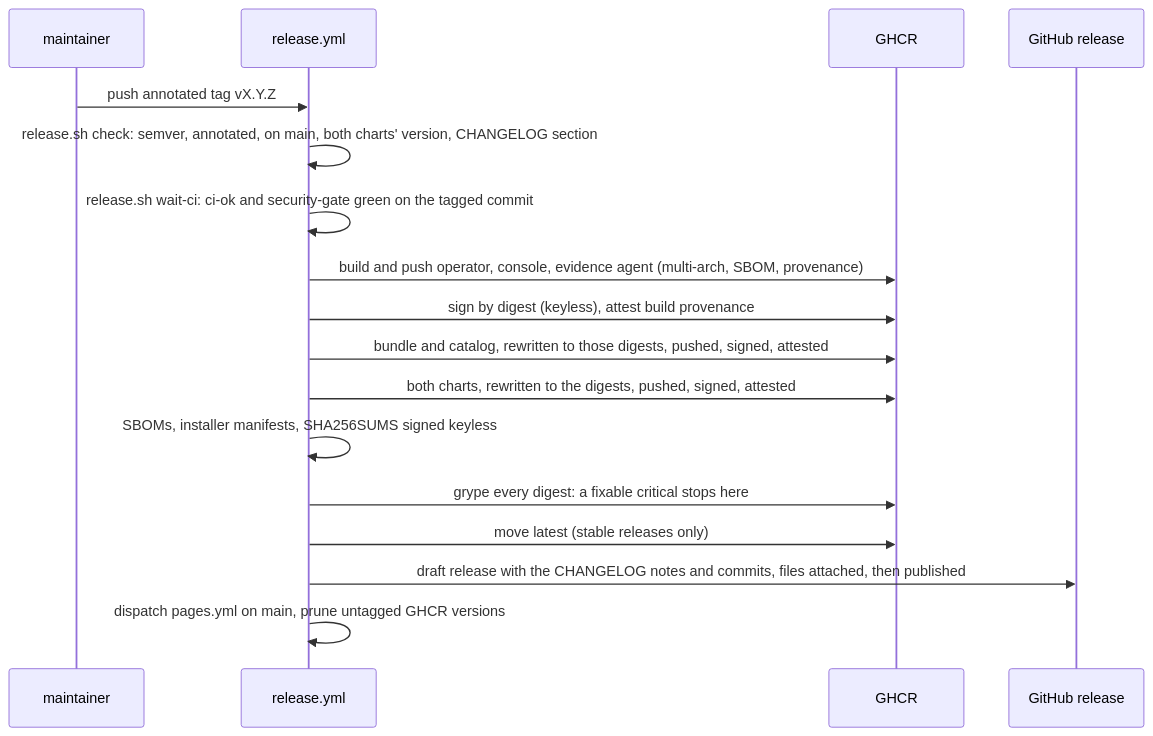
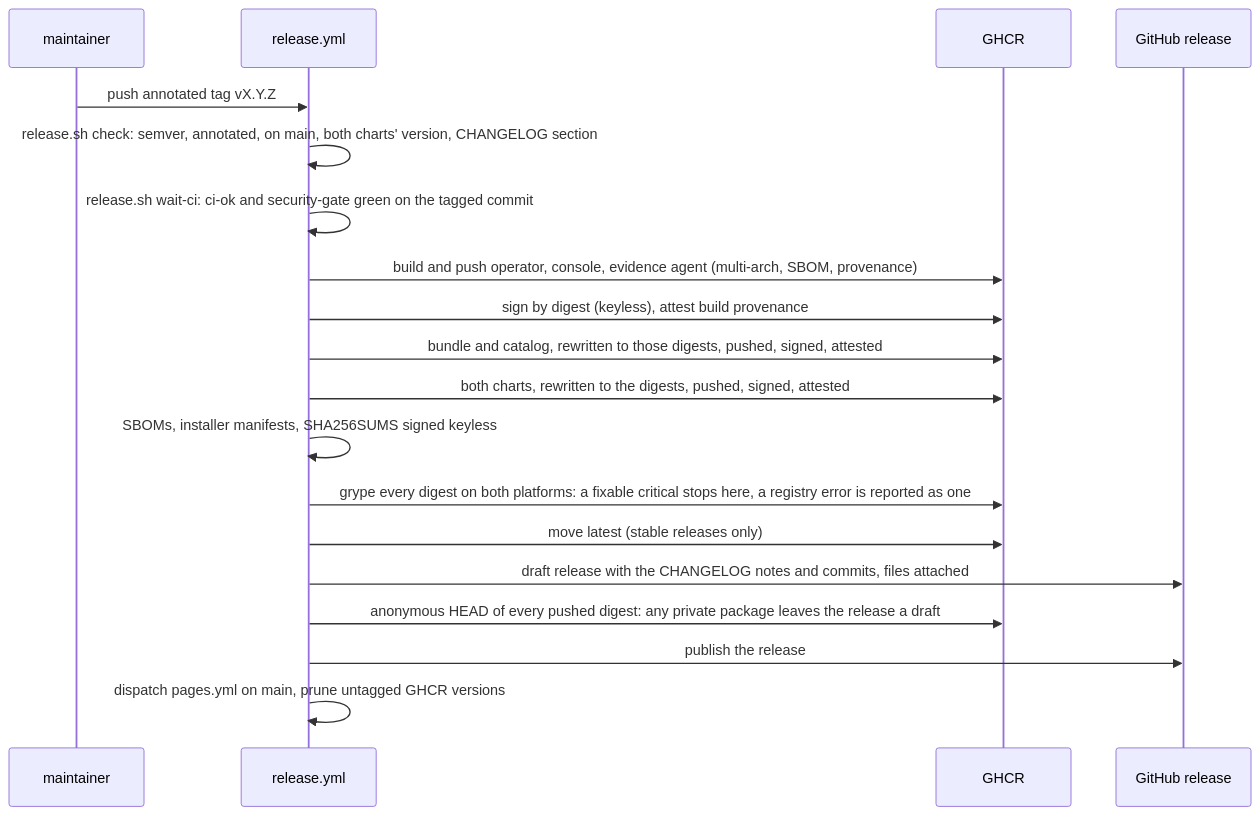
Before and after one commit to fyannk/pgToolBox: the second of 2 diagrams in docs/site/docs/development/ci.md, drawn with Mermaid. The commit also changed other lines of this file and 291 other files, not shown here.

````diff
--- a/docs/site/docs/development/ci.md
+++ b/docs/site/docs/development/ci.md
@@ -194,19 +194,21 @@
 ```mermaid
 sequenceDiagram
   participant M as maintainer
   participant R as release.yml
   participant G as GHCR
   participant H as GitHub release
   M->>R: push annotated tag vX.Y.Z
   R->>R: release.sh check: semver, annotated, on main, both charts' version, CHANGELOG section
   R->>R: release.sh wait-ci: ci-ok and security-gate green on the tagged commit
   R->>G: build and push operator, console, evidence agent (multi-arch, SBOM, provenance)
   R->>G: sign by digest (keyless), attest build provenance
   R->>G: bundle and catalog, rewritten to those digests, pushed, signed, attested
   R->>G: both charts, rewritten to the digests, pushed, signed, attested
   R->>R: SBOMs, installer manifests, SHA256SUMS signed keyless
-  R->>G: grype every digest: a fixable critical stops here
+  R->>G: grype every digest on both platforms: a fixable critical stops here, a registry error is reported as one
   R->>G: move latest (stable releases only)
-  R->>H: draft release with the CHANGELOG notes and commits, files attached, then published
+  R->>H: draft release with the CHANGELOG notes and commits, files attached
+  R->>G: anonymous HEAD of every pushed digest: any private package leaves the release a draft
+  R->>H: publish the release
   R->>R: dispatch pages.yml on main, prune untagged GHCR versions
 ```
````
